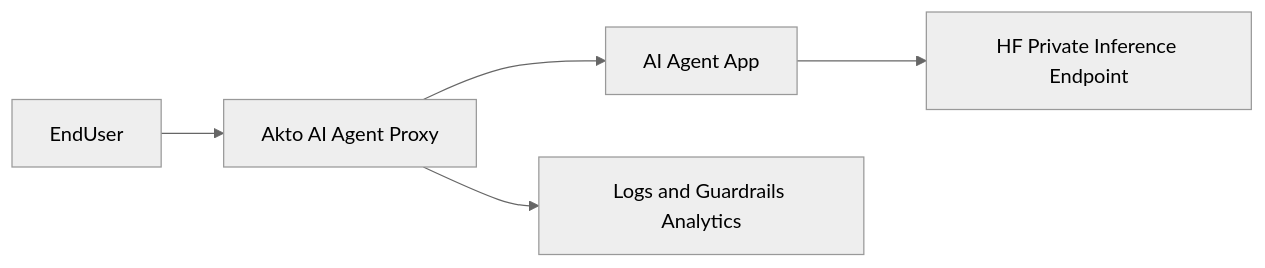
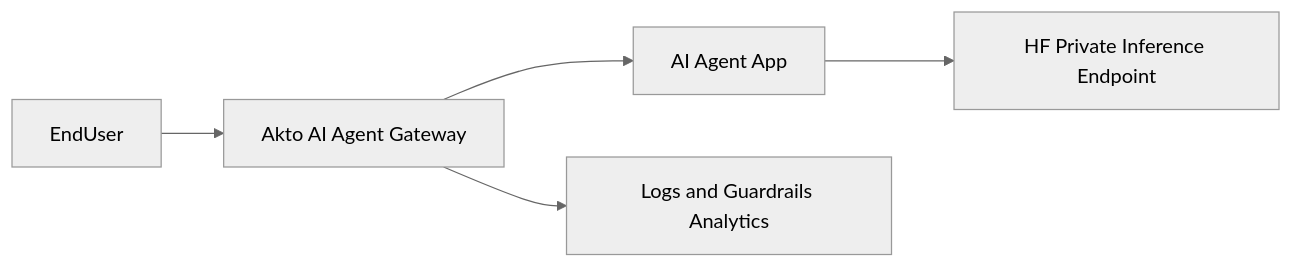
The diagram in akto-argus-agentic-ai-security-for-homegrown-ai/connectors/ai-agent-security/connect-akto-with-huggingface.md (akto-api-security/Documentation), drawn with Mermaid (neutral theme) before and after one commit. The commit also changed other lines of this file and 4 other files, not shown here.

Commit message:
p2- changing the word proxy to gateway in the docs

````diff
--- a/akto-argus-agentic-ai-security-for-homegrown-ai/connectors/ai-agent-security/connect-akto-with-huggingface.md
+++ b/akto-argus-agentic-ai-security-for-homegrown-ai/connectors/ai-agent-security/connect-akto-with-huggingface.md
@@ -28,7 +28,7 @@
 ```mermaid
 flowchart LR
-    A[EndUser] --> B[Akto AI Agent Proxy] --> C[AI Agent App] --> D[HF Private Inference Endpoint]
+    A[EndUser] --> B[Akto AI Agent Gateway] --> C[AI Agent App] --> D[HF Private Inference Endpoint]
     B --> E[Logs and Guardrails Analytics]
 
 
 ```
````
